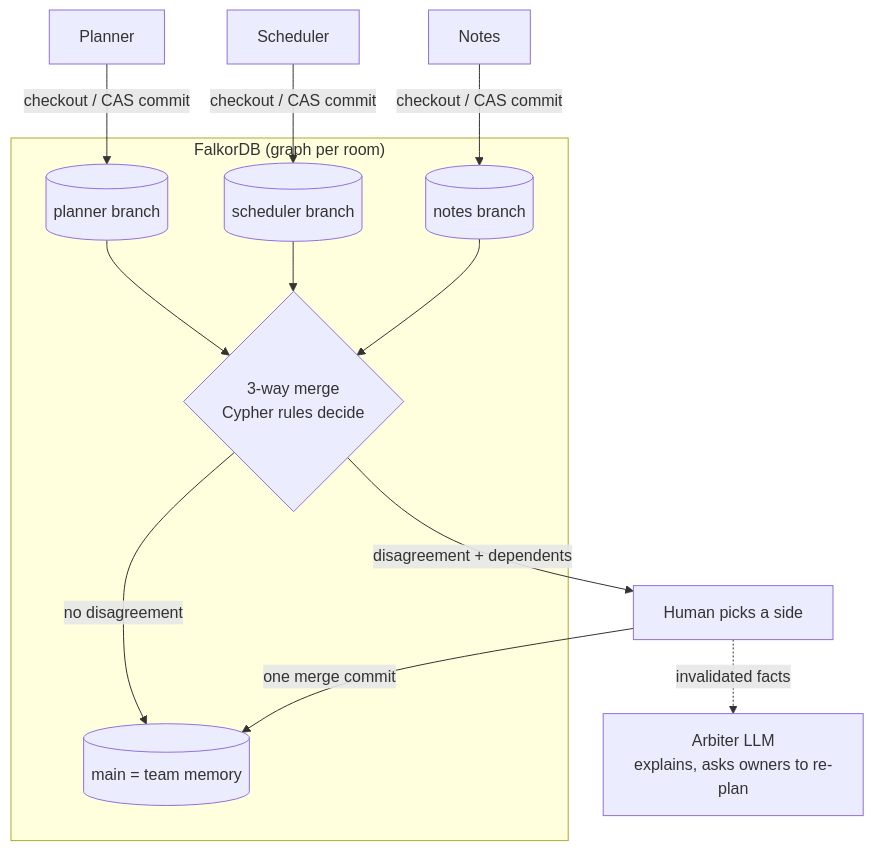
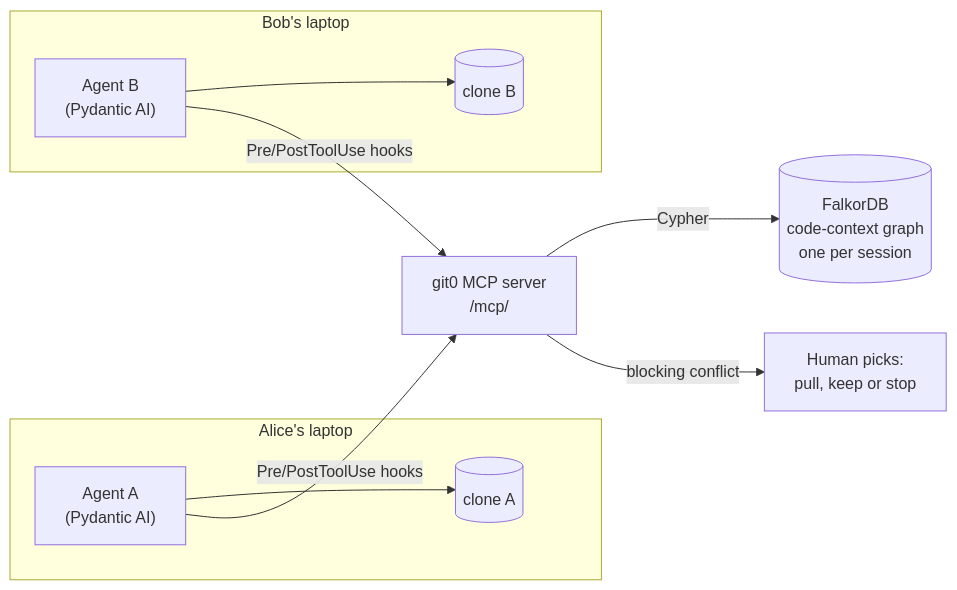
The diagram in README.md (HXMAN76/git0), drawn with Mermaid before and after one commit. The commit also changed other lines of this file and 1 other file, not shown here.

First line of the commit message:
docs: lead the README with Git0 Relay (/ide) and add the logo (#43)

````diff
--- a/README.md
+++ b/README.md
@@ -47,20 +48,13 @@
 ```mermaid
-flowchart TB
-  P[Planner] -- "checkout / CAS commit" --> BP
-  S[Scheduler] -- "checkout / CAS commit" --> BS
-  N[Notes] -- "checkout / CAS commit" --> BN
-  subgraph FDB["FalkorDB (graph per room)"]
-    BP[(planner branch)]
-    BS[(scheduler branch)]
-    BN[(notes branch)]
-    M{"3-way merge<br/>Cypher rules decide"}
-    MAIN[(main = team memory)]
+flowchart LR
+  subgraph AL["Alice's laptop"]
+    A["Agent A<br/>(Pydantic AI)"] --> CA[(clone A)]
   end
-  BP --> M
-  BS --> M
-  BN --> M
-  M -- "no disagreement" --> MAIN
-  M -- "disagreement + dependents" --> H[Human picks a side]
-  H -- "one merge commit" --> MAIN
-  H -. "invalidated facts" .-> A["Arbiter LLM<br/>explains, asks owners to re-plan"]
+  subgraph BL["Bob's laptop"]
+    B["Agent B<br/>(Pydantic AI)"] --> CB[(clone B)]
+  end
+  A -- "Pre/PostToolUse hooks" --> MCP["git0 MCP server<br/>/mcp/"]
+  B -- "Pre/PostToolUse hooks" --> MCP
+  MCP -- "Cypher" --> G[("FalkorDB<br/>code-context graph<br/>one per session")]
+  MCP -- "blocking conflict" --> H["Human picks:<br/>pull, keep or stop"]
 ```
````
